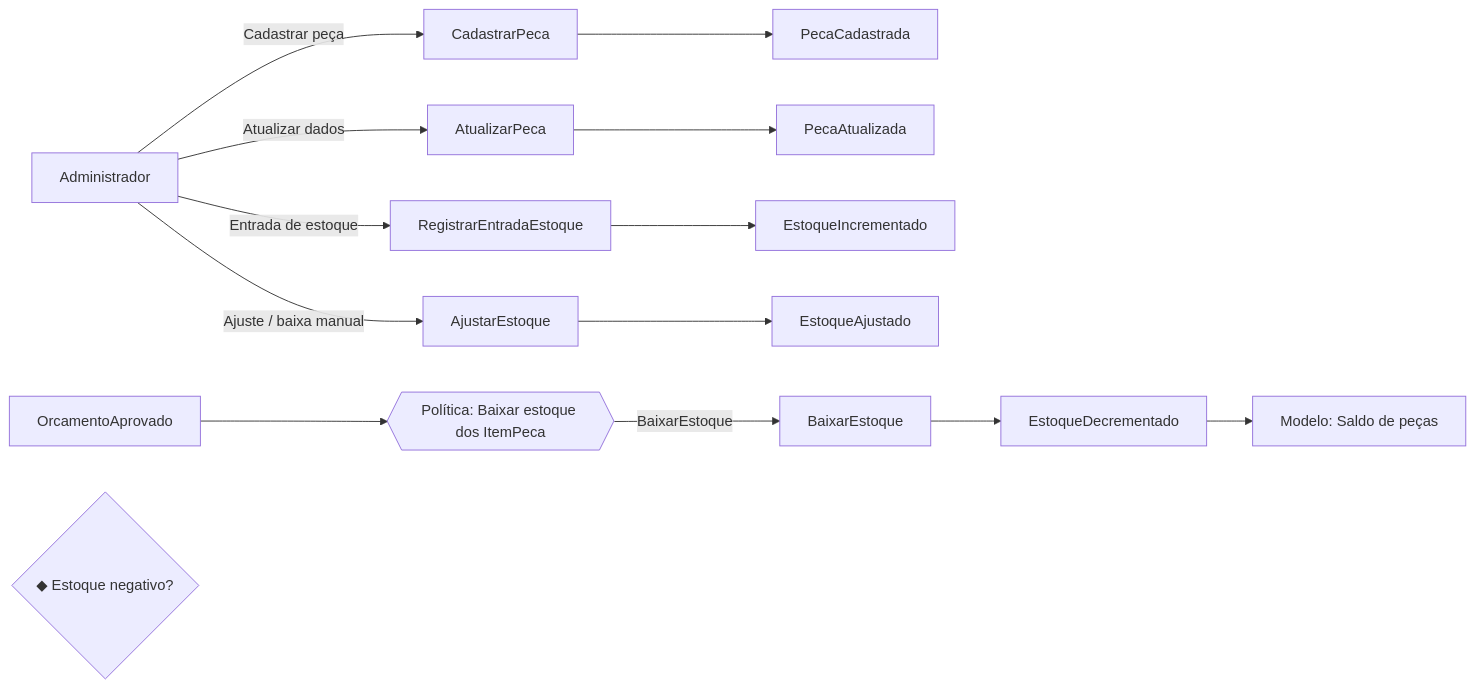
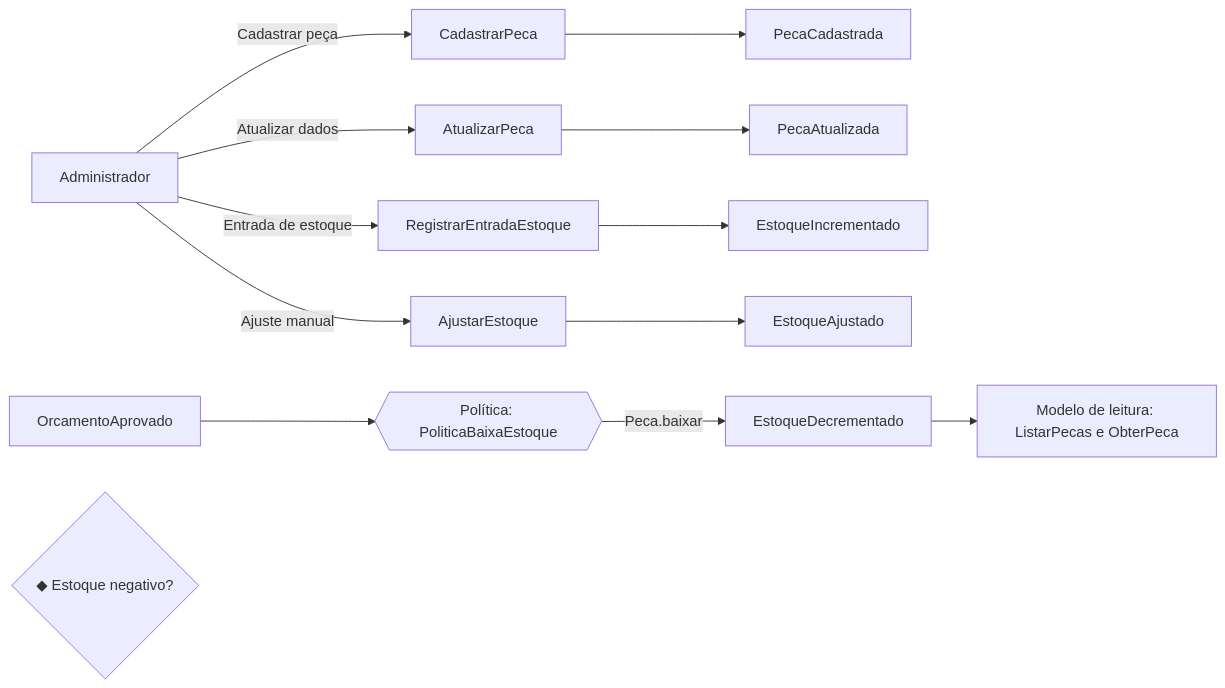
The third of 4 diagrams in docs/ddd/event-storming.md (RodrigoSiliunas/fiap-tech-challenge-ddd), drawn with Mermaid before and after one commit. The commit also changed other lines of this file and 11 other files, not shown here.

````diff
--- a/docs/ddd/event-storming.md
+++ b/docs/ddd/event-storming.md
@@ -137,16 +143,15 @@
 ```mermaid
 flowchart LR
   Adm[Administrador] -->|Cadastrar peça| C1[CadastrarPeca]
   C1 --> E1[PecaCadastrada]
   Adm -->|Atualizar dados| C2[AtualizarPeca]
   C2 --> E2[PecaAtualizada]
   Adm -->|Entrada de estoque| C3[RegistrarEntradaEstoque]
   C3 --> E3[EstoqueIncrementado]
-  Adm -->|Ajuste / baixa manual| C4[AjustarEstoque]
+  Adm -->|Ajuste manual| C4[AjustarEstoque]
   C4 --> E4[EstoqueAjustado]
-  E_OS[OrcamentoAprovado] --> P{{Política: Baixar estoque dos ItemPeca}}
-  P -->|BaixarEstoque| C5[BaixarEstoque]
-  C5 --> E5[EstoqueDecrementado]
-  E5 --> RM[Modelo: Saldo de peças]
+  E_OS[OrcamentoAprovado] --> P{{Política: PoliticaBaixaEstoque}}
+  P -->|Peca.baixar| E5[EstoqueDecrementado]
+  E5 --> RM[Modelo de leitura: ListarPecas e ObterPeca]
   H1{◆ Estoque negativo?}
 ```
````
